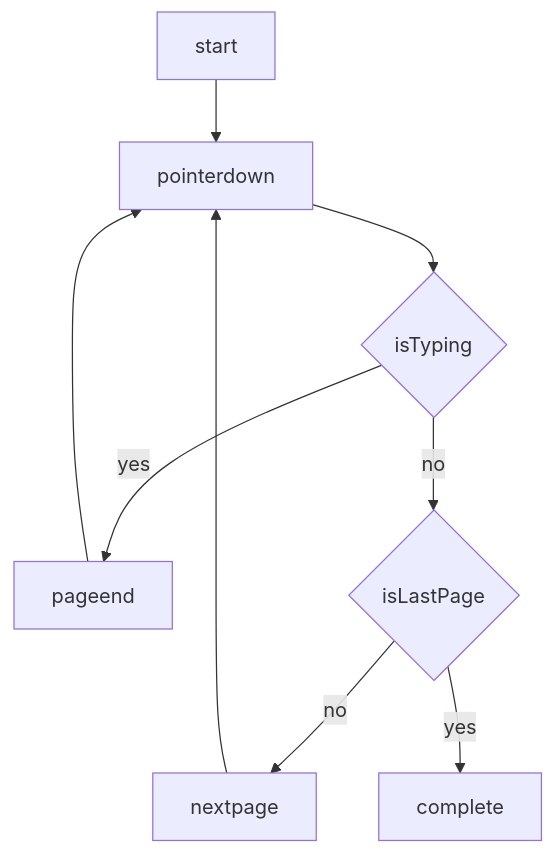
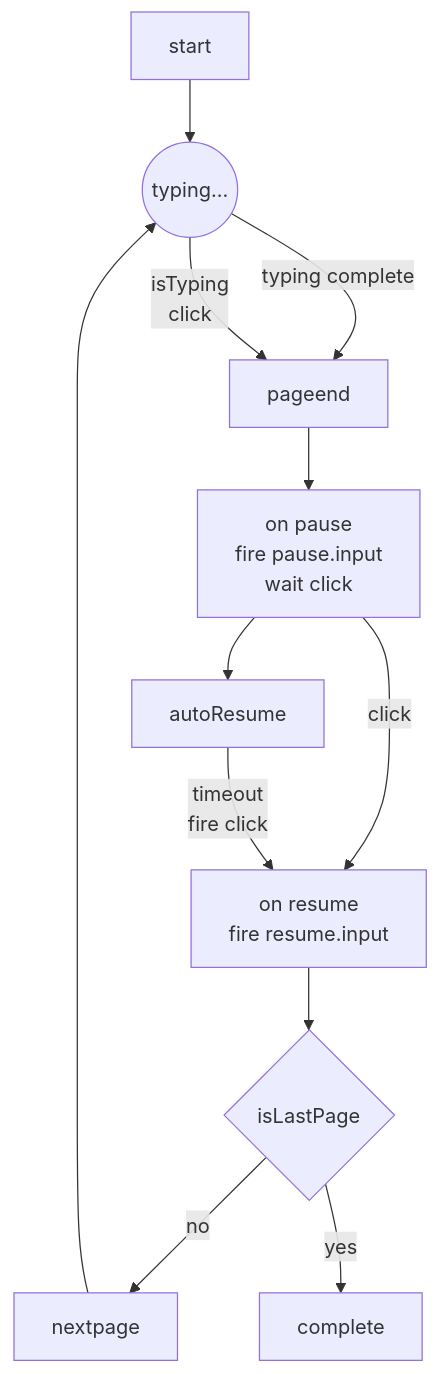
One commit to rexrainbow/phaser3-rex-notes changed the diagram in templates/mdscenario/commandexecutor/textbox/Typing.md. Above: the diagram before and after it, drawn with Mermaid. The commit also changed 12 other files, not shown here.

````diff
--- a/templates/mdscenario/commandexecutor/textbox/Typing.md
+++ b/templates/mdscenario/commandexecutor/textbox/Typing.md
@@ -5,13 +5,16 @@
 ```mermaid
 graph TD
 
-    start --> pointerdown
-    pointerdown --> isTyping{isTyping}
-    isTyping --> |yes| pageend
-    isTyping --> |no| isLastPage{isLastPage}
+    start --> typing(("typing..."))
+    typing --> |"typing complete"| pageend
+    typing --> |"isTyping<br>click"|pageend
+    pageend --> onPause["on pause<br>fire pause.input<br>wait click"]
+    onPause --> |"click"| onResume["on resume<br>fire resume.input"]
+    onResume --> isLastPage{"isLastPage"}
     isLastPage --> |no| nextpage
     isLastPage --> |yes| complete
+    nextpage --> typing
 
-    pageend --> pointerdown
-    nextpage --> pointerdown
+    onPause --> autoResume
+    autoResume --> |"timeout<br>fire click"|onResume
 ```
````
